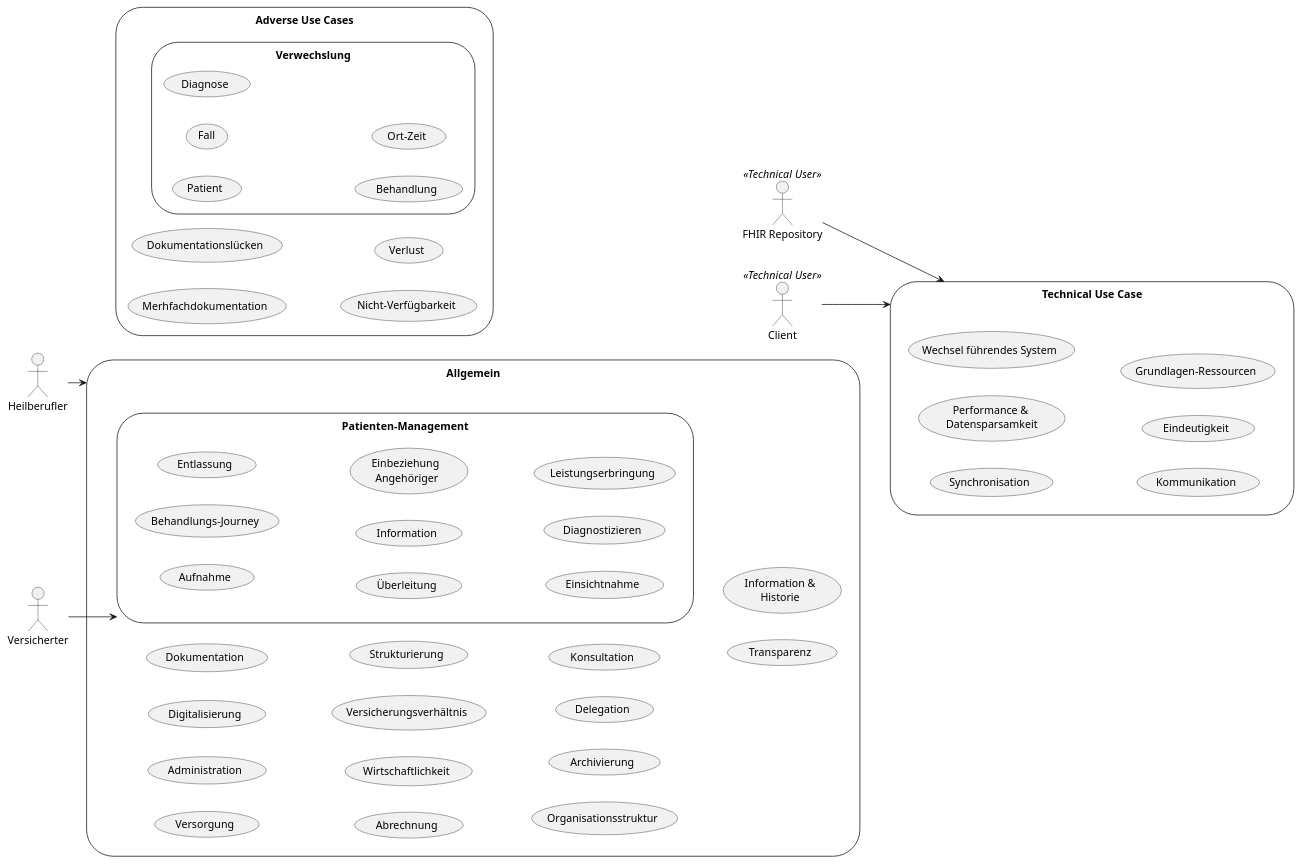
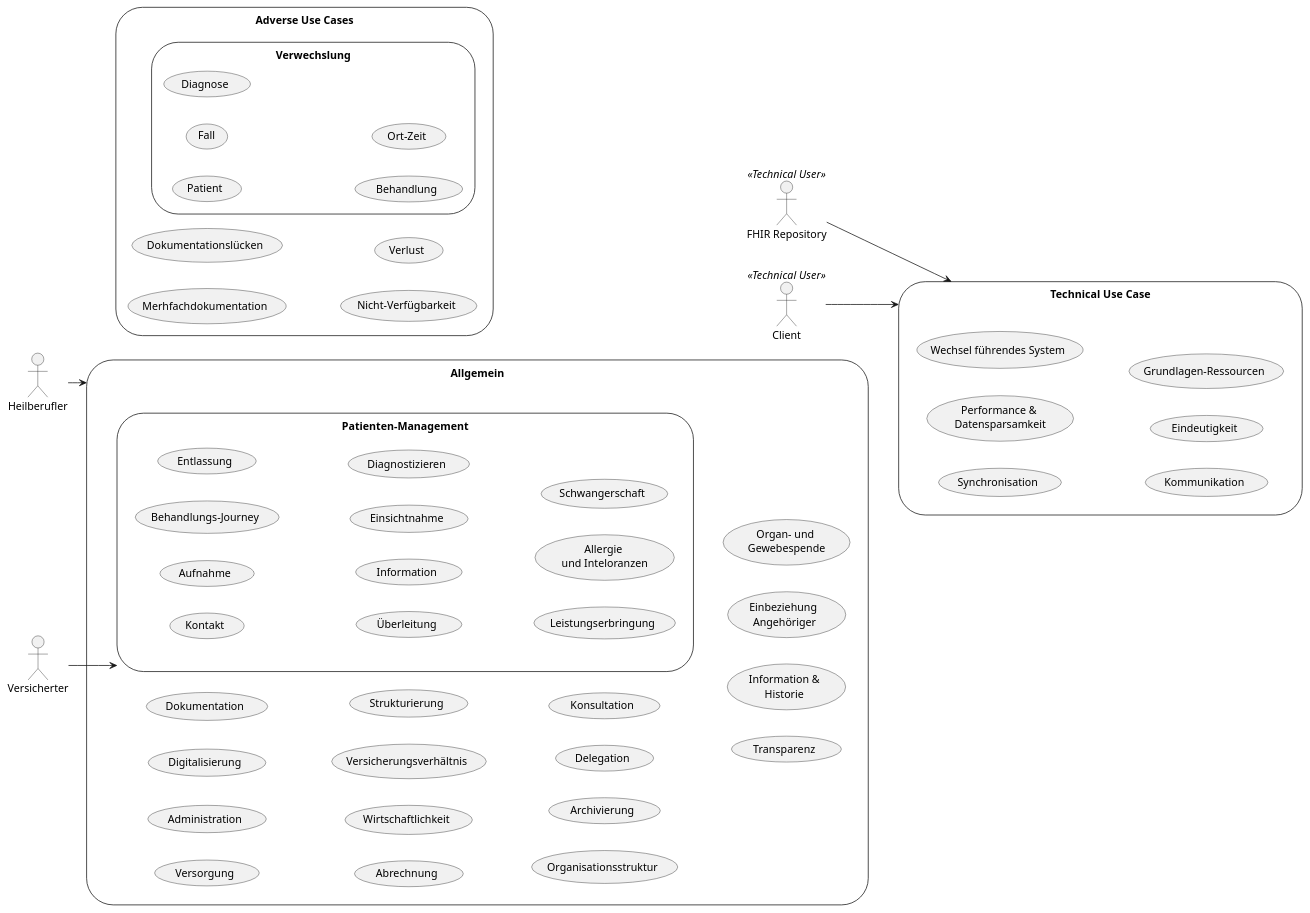
Before and after one commit to gematik/spec-ISiK-Basismodul: the diagram in Material/images/src/plantuml/usecases.puml, drawn with PlantUML. The commit also changed 8 other files, not shown here.

```diff
--- a/Material/images/src/plantuml/usecases.puml
+++ b/Material/images/src/plantuml/usecases.puml
@@ -15,73 +15,77 @@
 @startuml usecases
 left to right direction
 'skinparam packageStyle cloud
 'skinparam linetype ortho
 
 'actor :FHIR Repository: as DB << Application >>
 actor :Heilberufler:
 actor :Versicherter:
 :FHIR Repository: as FhirRepo << Technical User >>
 :Client: as Client << Technical User >>
 
 storage gnrlUC as "Allgemein" {
     (Versorgung)
     (Administration)
     (Digitalisierung)
     (Dokumentation)
     (Abrechnung)
     (Wirtschaftlichkeit)
     (Versicherungsverhältnis)
     (Strukturierung)
     (Organisationsstruktur)
     (Archivierung)
     (Delegation)
     (Konsultation)
     (Transparenz)
     (Information &\nHistorie)
+    (Einbeziehung \nAngehöriger)
+    (Organ- und \nGewebespende)
     storage patientUC as "Patienten-Management"{
+        (Kontakt)
         (Aufnahme) 
         (Behandlungs-Journey)
         (Entlassung)
         (Überleitung)
         (Information)
-        (Einbeziehung \nAngehöriger)
         (Einsichtnahme)
         (Diagnostizieren)
         (Leistungserbringung)
+        (Allergie \nund Inteloranzen)
+        (Schwangerschaft)
     }
 }
 
 storage adverseUC as "Adverse Use Cases" {
     storage (Verwechslung){
         (Patient)
         (Fall)
         (Diagnose)
         (Behandlung)
         (Ort-Zeit)
     }
     (Merhfachdokumentation)
     (Dokumentationslücken)
     (Nicht-Verfügbarkeit)
     (Verlust)
 }
 
 storage techUC as "Technical Use Case" {
     (Synchronisation)
     (Performance & \nDatensparsamkeit)
     (Wechsel führendes System)
     (Kommunikation)
     (Eindeutigkeit)
     (Grundlagen-Ressourcen)
 }
 
 
 
 Heilberufler --> gnrlUC
 Versicherter --> patientUC
 
 FhirRepo --> techUC
 Client --> techUC
 
 'fncts --> adverseUC : mitigates
 'fncts --> gnrlUC : enables
 @enduml
```
